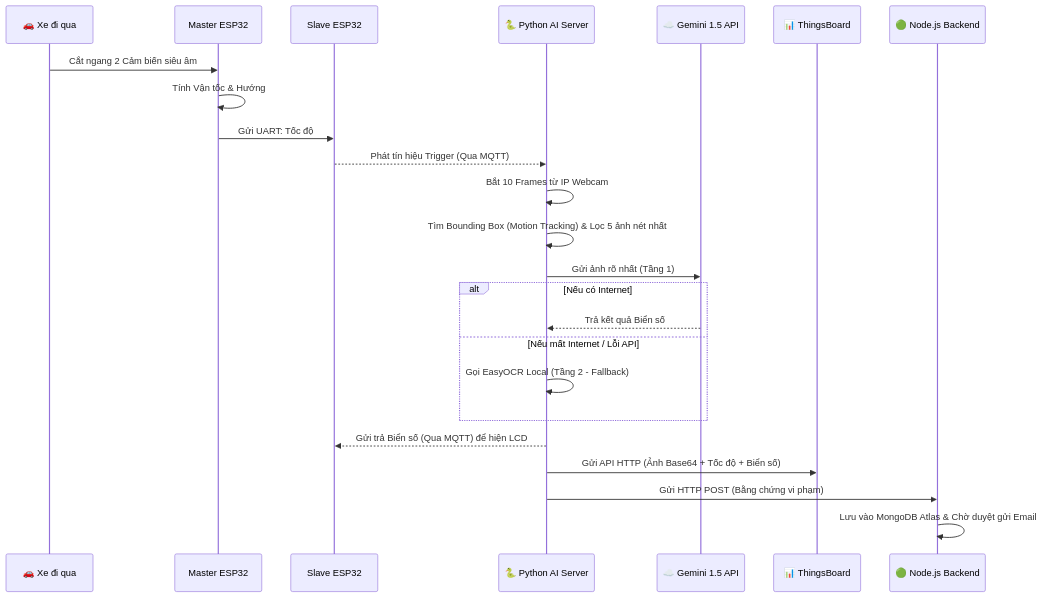
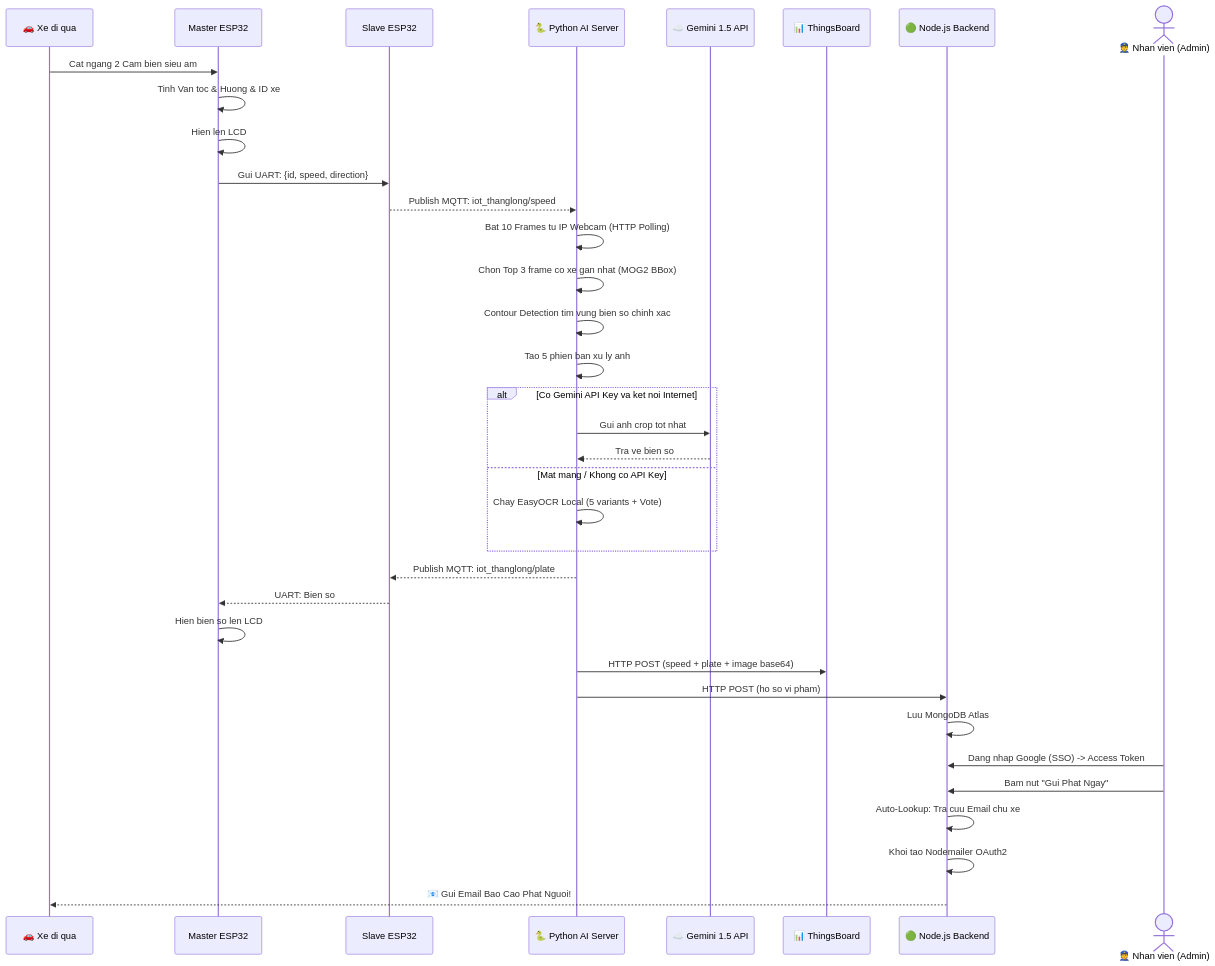
Before and after one commit to Nam19ti/IOT_: the diagram in README.md, drawn with Mermaid. The commit also changed other lines of this file and 34 other files, not shown here.

Commit message:
Update ALPR to Gemini and Node.js Dashboard

````diff
--- a/README.md
+++ b/README.md
@@ -57,29 +118,43 @@
 ```mermaid
 sequenceDiagram
-    participant Xe as 🚗 Xe đi qua
+    participant Xe as 🚗 Xe di qua
     participant Master as Master ESP32
     participant Slave as Slave ESP32
     participant Python as 🐍 Python AI Server
     participant Gemini as ☁️ Gemini 1.5 API
     participant TB as 📊 ThingsBoard
     participant Node as 🟢 Node.js Backend
 
-    Xe->>Master: Cắt ngang 2 Cảm biến siêu âm
-    Master->>Master: Tính Vận tốc & Hướng
-    Master->>Slave: Gửi UART: Tốc độ
-    Slave-->>Python: Phát tín hiệu Trigger (Qua MQTT)
-    Python->>Python: Bắt 10 Frames từ IP Webcam
-    Python->>Python: Tìm Bounding Box (Motion Tracking) & Lọc 5 ảnh nét nhất
-    Python->>Gemini: Gửi ảnh rõ nhất (Tầng 1)
+    Xe->>Master: Cat ngang 2 Cam bien sieu am
+    Master->>Master: Tinh Van toc & Huong & ID xe
+    Master->>Master: Hien len LCD
+    Master->>Slave: Gui UART: {id, speed, direction}
+    Slave-->>Python: Publish MQTT: iot_thanglong/speed
     
-    alt Nếu có Internet
-        Gemini-->>Python: Trả kết quả Biển số
-    else Nếu mất Internet / Lỗi API
-        Python->>Python: Gọi EasyOCR Local (Tầng 2 - Fallback)
+    Python->>Python: Bat 10 Frames tu IP Webcam (HTTP Polling)
+    Python->>Python: Chon Top 3 frame co xe gan nhat (MOG2 BBox)
+    Python->>Python: Contour Detection tim vung bien so chinh xac
+    Python->>Python: Tao 5 phien ban xu ly anh
+
+    alt Co Gemini API Key va ket noi Internet
+        Python->>Gemini: Gui anh crop tot nhat
+        Gemini-->>Python: Tra ve bien so
+    else Mat mang / Khong co API Key
+        Python->>Python: Chay EasyOCR Local (5 variants + Vote)
     end
+
+    Python-->>Slave: Publish MQTT: iot_thanglong/plate
+    Slave-->>Master: UART: Bien so
+    Master->>Master: Hien bien so len LCD
     
-    Python-->>Slave: Gửi trả Biển số (Qua MQTT) để hiện LCD
-    Python->>TB: Gửi API HTTP (Ảnh Base64 + Tốc độ + Biển số)
-    Python->>Node: Gửi HTTP POST (Bằng chứng vi phạm)
-    Node->>Node: Lưu vào MongoDB Atlas & Chờ duyệt gửi Email
+    Python->>TB: HTTP POST (speed + plate + image base64)
+    Python->>Node: HTTP POST (ho so vi pham)
+    Node->>Node: Luu MongoDB Atlas
+
+    actor Admin as 👮 Nhan vien (Admin)
+    Admin->>Node: Dang nhap Google (SSO) -> Access Token
+    Admin->>Node: Bam nut "Gui Phat Ngay"
+    Node->>Node: Auto-Lookup: Tra cuu Email chu xe
+    Node->>Node: Khoi tao Nodemailer OAuth2
+    Node-->>Xe: 📧 Gui Email Bao Cao Phat Nguoi!
 ```
````
